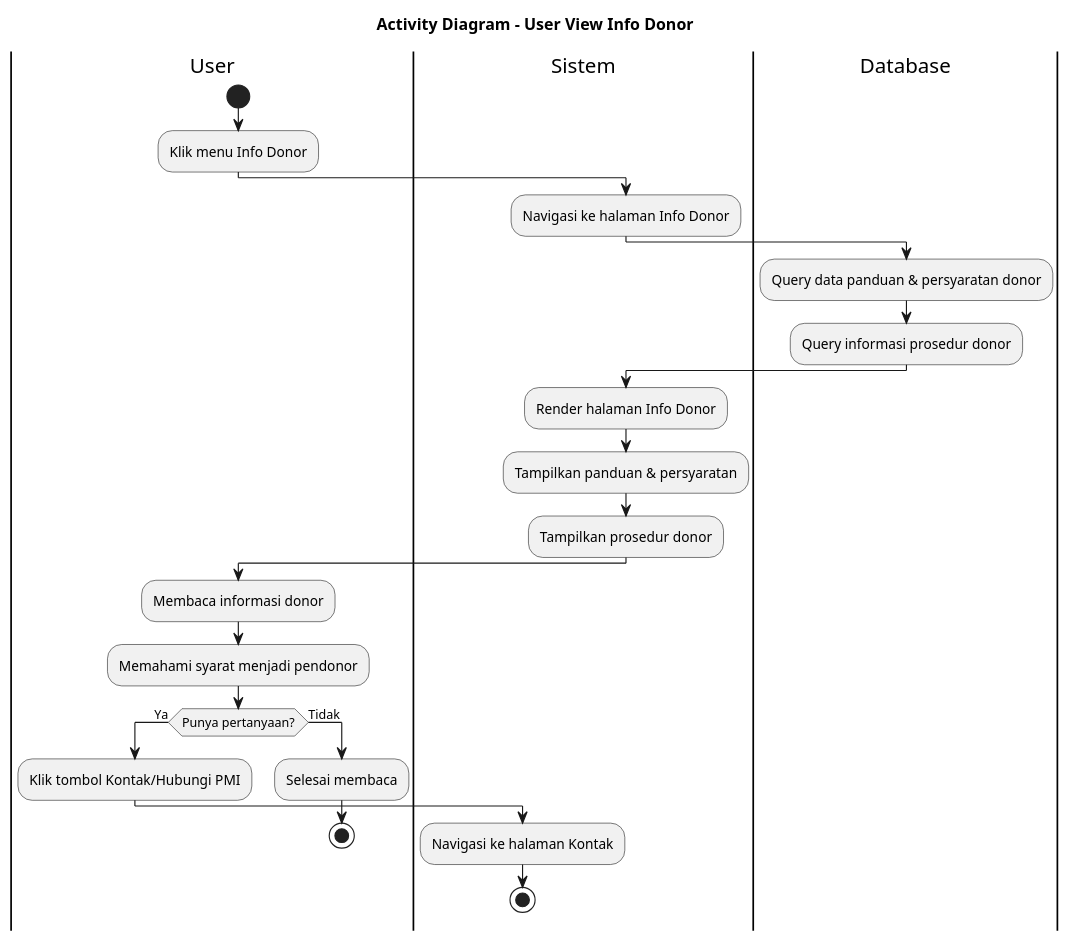
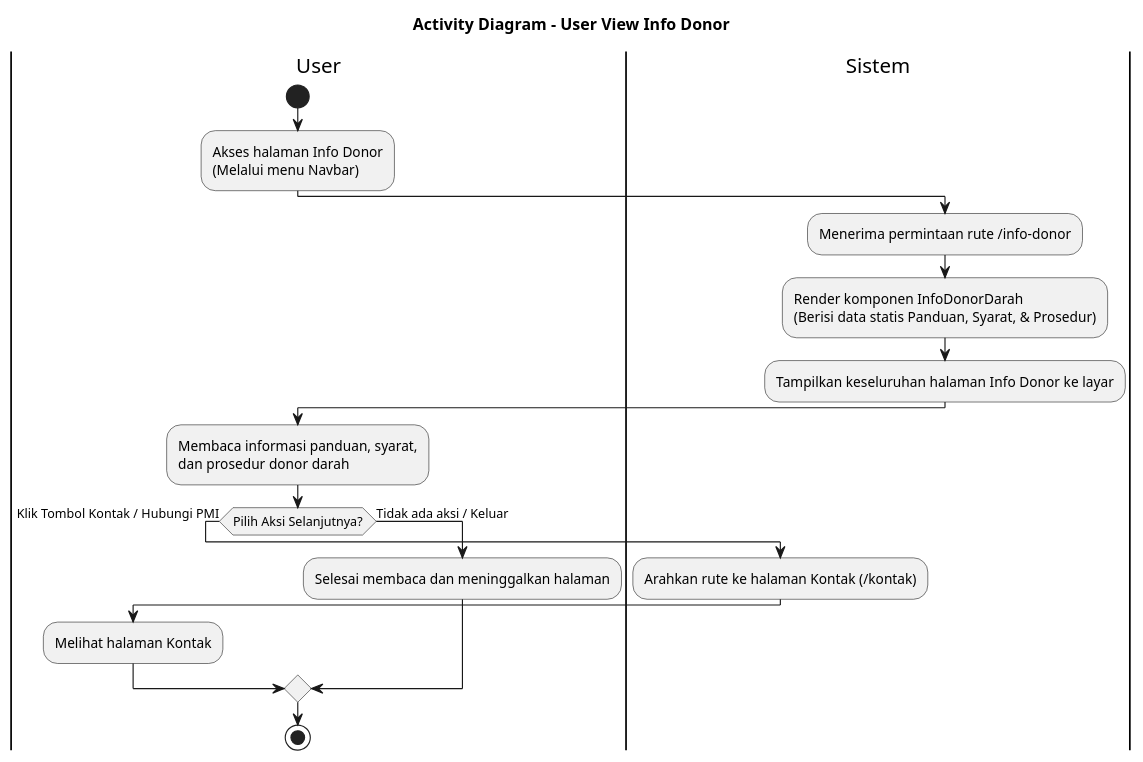
Before and after one commit to jaddu17/capstonepmikp: the diagram in diagram/activitydiagram_user_view_info_donor.puml, drawn with PlantUML. The commit also changed 11 other files, not shown here.

Commit message:
perubahan activity diagram user(beranda, stok darah, info donor, jadwal donor, berita, donasi, kontak

```diff
--- a/diagram/activitydiagram_user_view_info_donor.puml
+++ b/diagram/activitydiagram_user_view_info_donor.puml
@@ -1,36 +1,29 @@
 @startuml ACTIVITY_DIAGRAM_USER_VIEW_INFO_DONOR
 title Activity Diagram - User View Info Donor
 
 |User|
 start
-:Klik menu Info Donor;
+:Akses halaman Info Donor\n(Melalui menu Navbar);
 
 |Sistem|
-:Navigasi ke halaman Info Donor;
-
-|Database|
-:Query data panduan & persyaratan donor;
-:Query informasi prosedur donor;
-
-|Sistem|
-:Render halaman Info Donor;
-:Tampilkan panduan & persyaratan;
-:Tampilkan prosedur donor;
+:Menerima permintaan rute /info-donor;
+:Render komponen InfoDonorDarah\n(Berisi data statis Panduan, Syarat, & Prosedur);
+:Tampilkan keseluruhan halaman Info Donor ke layar;
 
 |User|
-:Membaca informasi donor;
-:Memahami syarat menjadi pendonor;
+:Membaca informasi panduan, syarat,\ndan prosedur donor darah;
 
-if (Punya pertanyaan?) then (Ya)
+if (Pilih Aksi Selanjutnya?) then (Klik Tombol Kontak / Hubungi PMI)
+  |Sistem|
+  :Arahkan rute ke halaman Kontak (/kontak);
   |User|
-  :Klik tombol Kontak/Hubungi PMI;
-  |Sistem|
-  :Navigasi ke halaman Kontak;
-  stop
-else (Tidak)
+  :Melihat halaman Kontak;
+else (Tidak ada aksi / Keluar)
   |User|
-  :Selesai membaca;
-  stop
+  :Selesai membaca dan meninggalkan halaman;
 endif
 
+|User|
+stop
+
 @enduml
```
